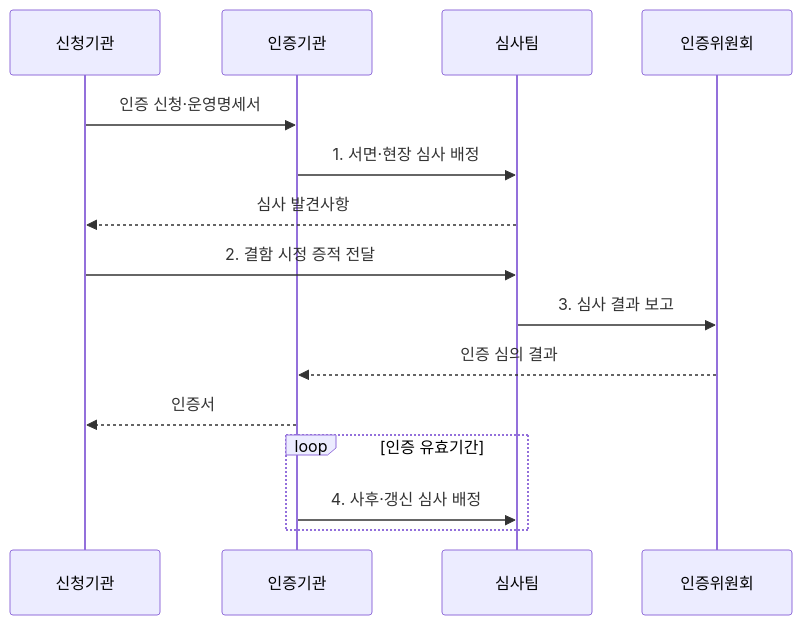
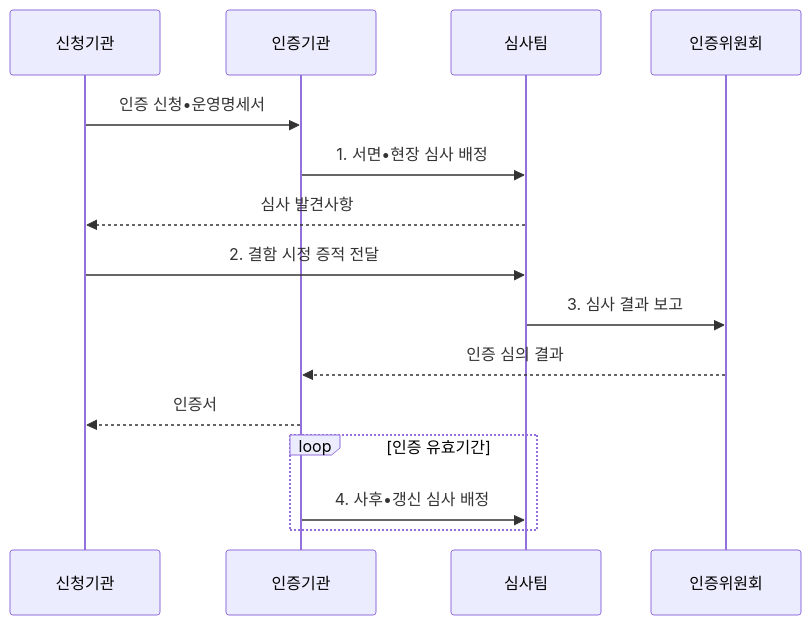
One commit to agnusdei1207/knowledge-base changed the second of 2 diagrams in src/content/docs/notes/05-security/104_isms_p_certification_process.md. Above: the diagram before and after it, drawn with Mermaid. The commit also changed other lines of this file and 953 other files, not shown here.

````diff
--- a/src/content/docs/notes/05-security/104_isms_p_certification_process.md
+++ b/src/content/docs/notes/05-security/104_isms_p_certification_process.md
@@ -98,17 +98,17 @@
 ```mermaid
 sequenceDiagram
   participant O as 신청기관
   participant A as 인증기관
   participant T as 심사팀
   participant C as 인증위원회
-  O->>A: 인증 신청·운영명세서
-  A->>T: 1. 서면·현장 심사 배정
+  O->>A: 인증 신청•운영명세서
+  A->>T: 1. 서면•현장 심사 배정
   T-->>O: 심사 발견사항
   O->>T: 2. 결함 시정 증적 전달
   T->>C: 3. 심사 결과 보고
   C-->>A: 인증 심의 결과
   A-->>O: 인증서
   loop 인증 유효기간
-    A->>T: 4. 사후·갱신 심사 배정
+    A->>T: 4. 사후•갱신 심사 배정
   end
 ```
````
